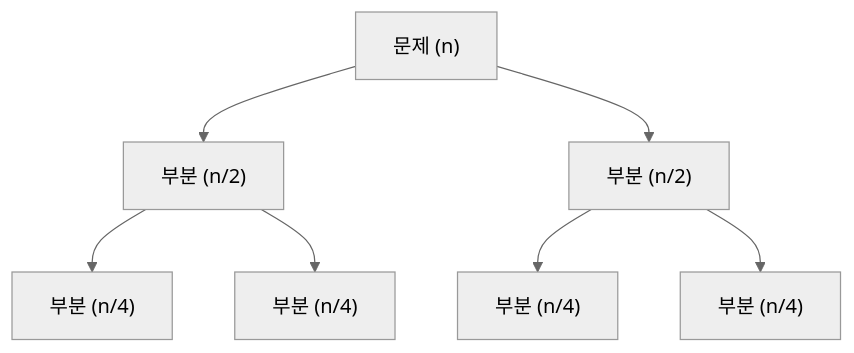
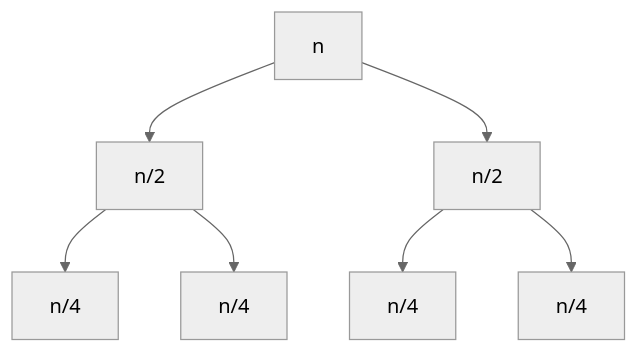
The diagram in Algorithms/Divide-and-Conquer.md (2ndSilverMan/BFB_of_CS), drawn with Mermaid (neutral theme) before and after one commit. The commit also changed other lines of this file and 534 other files, not shown here.

````diff
--- a/Algorithms/Divide-and-Conquer.md
+++ b/Algorithms/Divide-and-Conquer.md
@@ -18,9 +19,9 @@
 ```mermaid
 graph TD
-    A["문제 (n)"] --> B["부분 (n/2)"]
-    A --> C["부분 (n/2)"]
-    B --> D["부분 (n/4)"]
-    B --> E["부분 (n/4)"]
-    C --> F["부분 (n/4)"]
-    C --> G["부분 (n/4)"]
+    A["n"] --> B["n/2"]
+    A --> C["n/2"]
+    B --> D["n/4"]
+    B --> E["n/4"]
+    C --> F["n/4"]
+    C --> G["n/4"]
 ```
````
